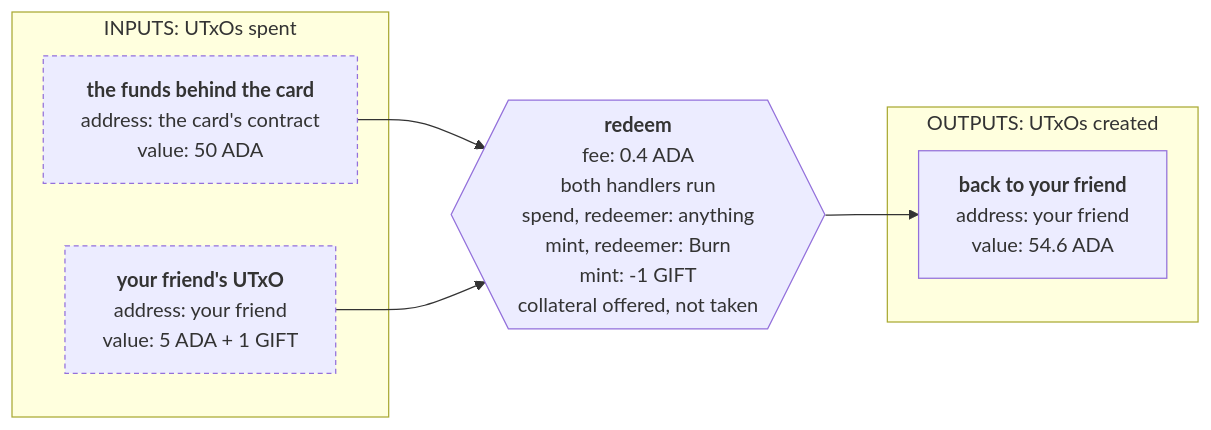
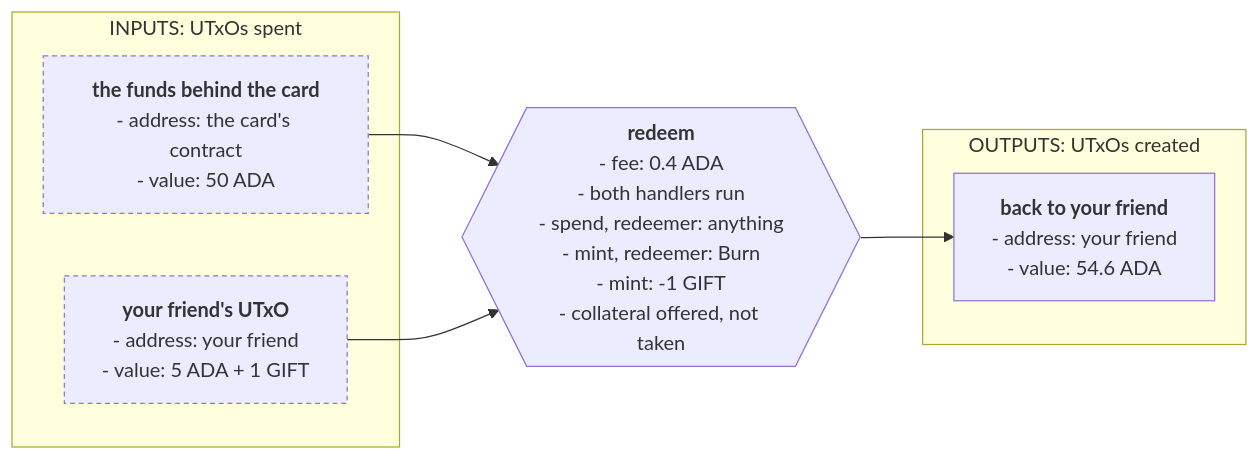
The second of 4 diagrams in docs/developers/onboarding/lectures/intermediate/11-multi-validators.md (cardano-foundation/developer-portal), drawn with Mermaid before and after one commit. The commit also changed other lines of this file and 8 other files, not shown here.

````diff
--- a/docs/developers/onboarding/lectures/intermediate/11-multi-validators.md
+++ b/docs/developers/onboarding/lectures/intermediate/11-multi-validators.md
@@ -106,31 +95,31 @@
 ```mermaid
 flowchart LR
     subgraph IN["INPUTS: UTxOs spent"]
         I1["`**the funds behind the card**
-        address: the card's contract
-        value: 50 ADA`"]
+        - address: the card's contract
+        - value: 50 ADA`"]
         I2["`**your friend's UTxO**
-        address: your friend
-        value: 5 ADA + 1 GIFT`"]
+        - address: your friend
+        - value: 5 ADA + 1 GIFT`"]
     end
 
     TX{{"`**redeem**
-    fee: 0.4 ADA
-    both handlers run
-    spend, redeemer: anything
-    mint, redeemer: Burn
-    mint: -1 GIFT
-    collateral offered, not taken`"}}
+    - fee: 0.4 ADA
+    - both handlers run
+    - spend, redeemer: anything
+    - mint, redeemer: Burn
+    - mint: -1 GIFT
+    - collateral offered, not taken`"}}
 
     subgraph OUT["OUTPUTS: UTxOs created"]
         O["`**back to your friend**
-        address: your friend
-        value: 54.6 ADA`"]
+        - address: your friend
+        - value: 54.6 ADA`"]
     end
 
     I1 --> TX --> O
     I2 --> TX
 
     style I1 stroke-dasharray:4 3
     style I2 stroke-dasharray:4 3
 ```
````
